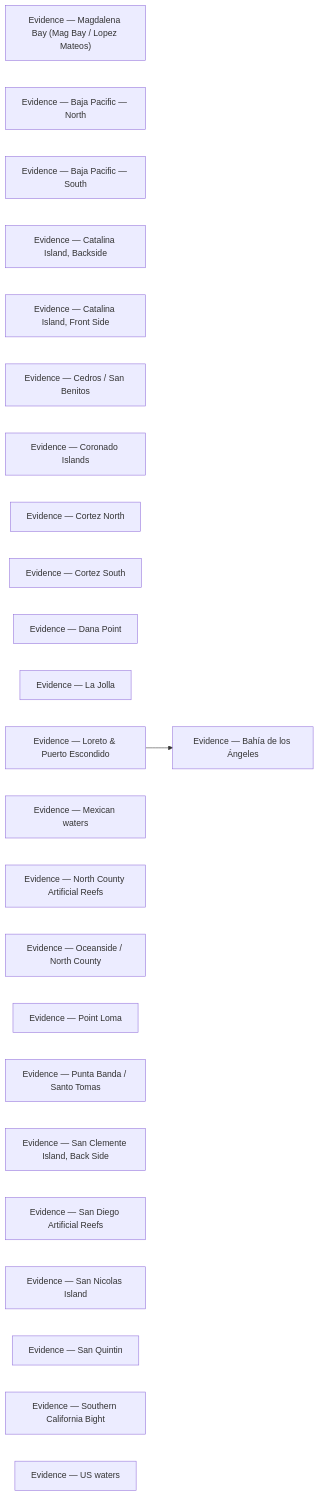
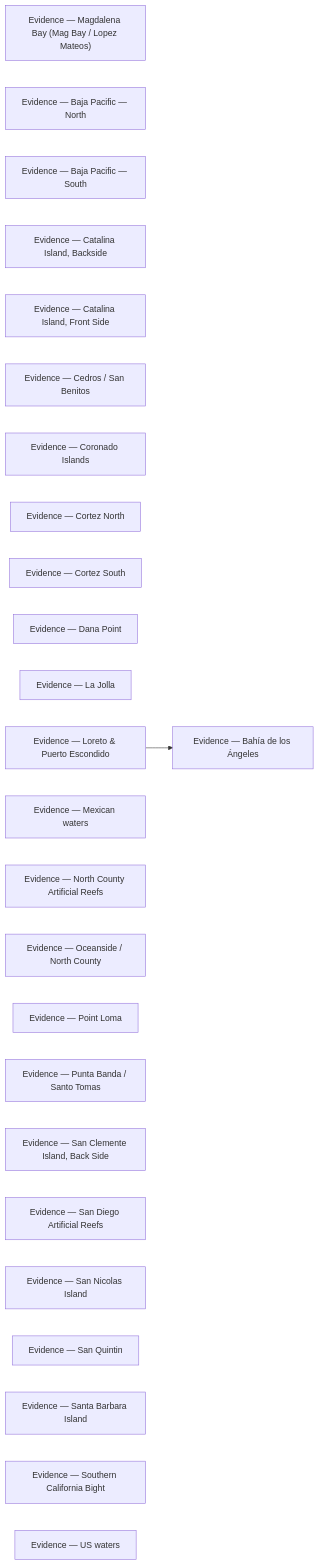
The diagram in locations/evidence/README.md (camchuckpete-max/Socal-Fishing-Knowledge), drawn with Mermaid before and after one commit. The commit also changed other lines of this file and 28 other files, not shown here.

Commit message:
review: locations/santa-barbara-island.md — zone page

````diff
--- a/locations/evidence/README.md
+++ b/locations/evidence/README.md
@@ -37,28 +38,29 @@
 ```mermaid
 graph LR
   n0["Evidence — Bahía de los Ángeles"]
   n1["Evidence — Magdalena Bay (Mag Bay / Lopez Mateos)"]
   n2["Evidence — Baja Pacific — North"]
   n3["Evidence — Baja Pacific — South"]
   n4["Evidence — Catalina Island, Backside"]
   n5["Evidence — Catalina Island, Front Side"]
   n6["Evidence — Cedros / San Benitos"]
   n7["Evidence — Coronado Islands"]
   n8["Evidence — Cortez North"]
   n9["Evidence — Cortez South"]
   n10["Evidence — Dana Point"]
   n11["Evidence — La Jolla"]
   n12["Evidence — Loreto & Puerto Escondido"]
   n13["Evidence — Mexican waters"]
   n14["Evidence — North County Artificial Reefs"]
   n15["Evidence — Oceanside / North County"]
   n16["Evidence — Point Loma"]
   n17["Evidence — Punta Banda / Santo Tomas"]
   n18["Evidence — San Clemente Island, Back Side"]
   n19["Evidence — San Diego Artificial Reefs"]
   n20["Evidence — San Nicolas Island"]
   n21["Evidence — San Quintin"]
-  n22["Evidence — Southern California Bight"]
-  n23["Evidence — US waters"]
+  n22["Evidence — Santa Barbara Island"]
+  n23["Evidence — Southern California Bight"]
+  n24["Evidence — US waters"]
   n12 --> n0
 ```
````
